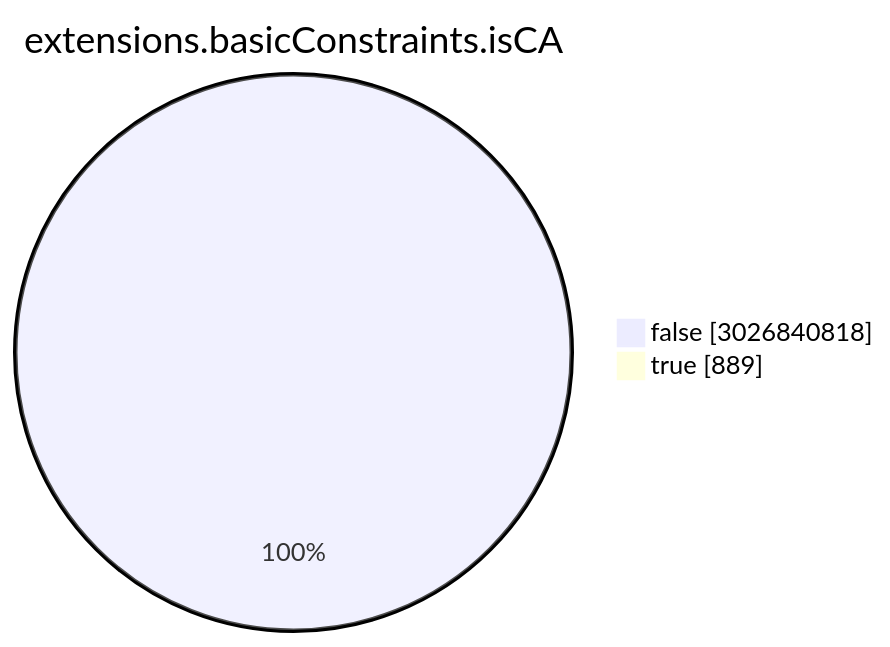
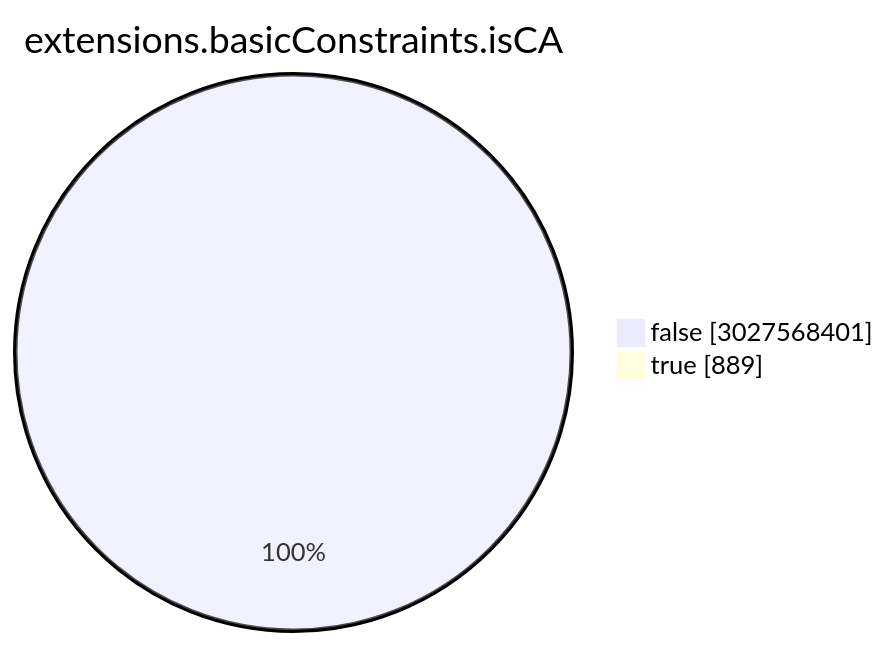
One commit to christiankrug/ctmonitor_visualization changed the seventh of 15 diagrams in TOTAL/README.md. Above: the diagram before and after it, drawn with Mermaid. The commit also changed other lines of this file, not shown here.

````diff
--- a/TOTAL/README.md
+++ b/TOTAL/README.md
@@ -3087,6 +3087,6 @@
 ```mermaid
 pie showData
 title extensions.basicConstraints.isCA
-"false" :3026840818
+"false" :3027568401
 "true" :889
 ```
````
